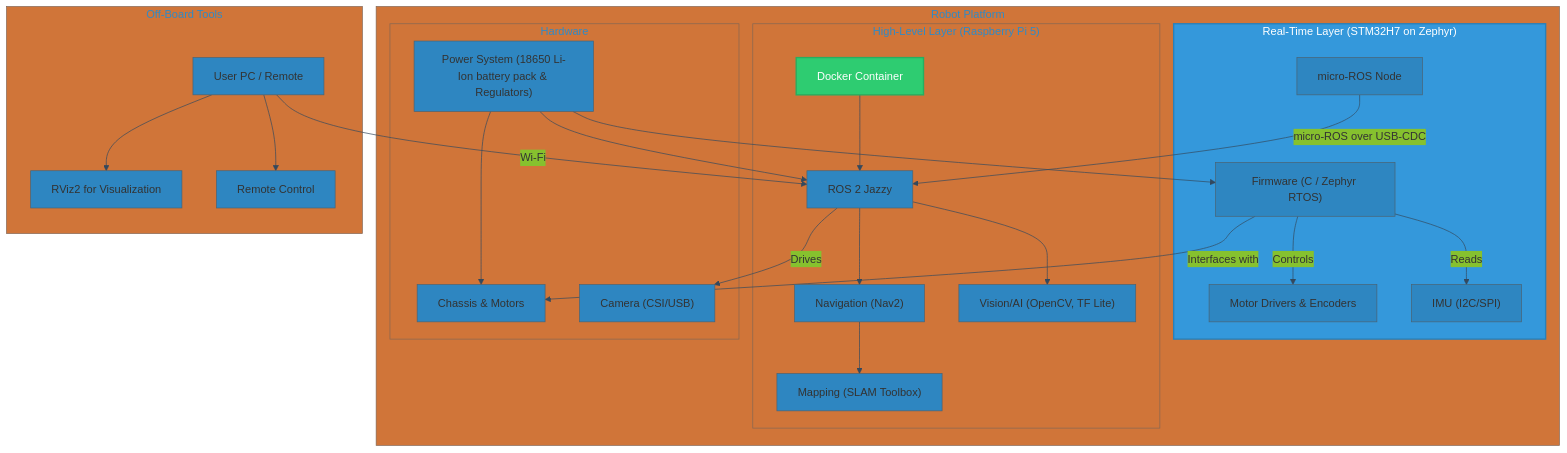
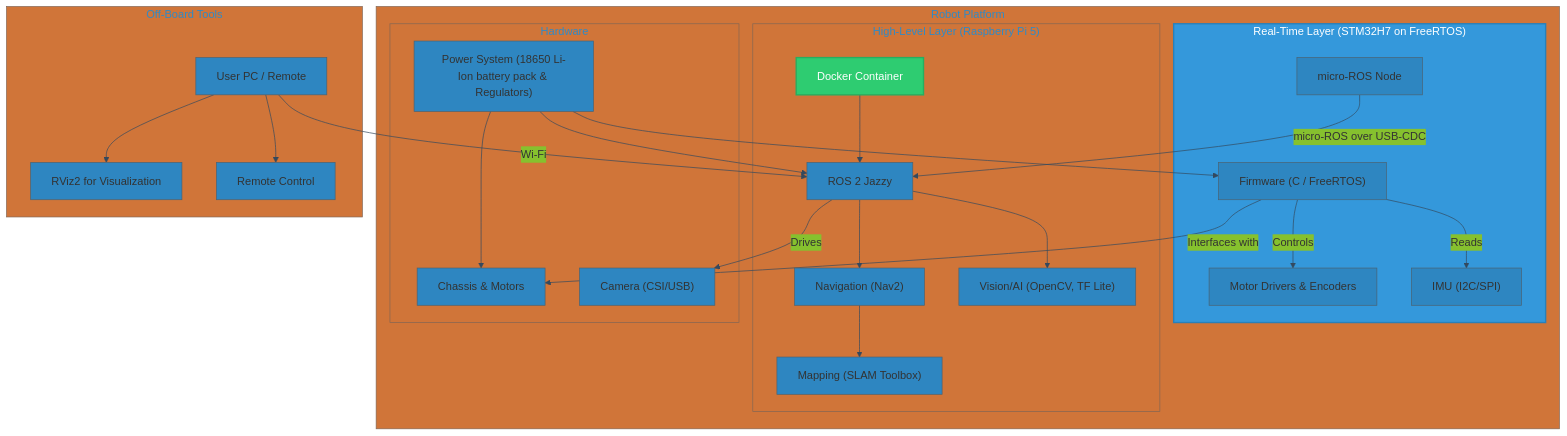
Before and after one commit to exysta/TheFirstBorn_Robot: the diagram in README.md, drawn with Mermaid. The commit also changed other lines of this file, not shown here.

````diff
--- a/README.md
+++ b/README.md
@@ -56,50 +55,49 @@
 ```mermaid
 %%{init: {"theme": "base", "themeVariables": {"primaryColor": "#2E86C1", "lineColor": "#34495E", "textColor": "#212F3D"}}}%%
 graph TD
     subgraph Robot_Platform["Robot Platform"]
-        subgraph RTL["Real-Time Layer (STM32H7 on Zephyr)"]
-            FIRMWARE["Firmware (C / Zephyr RTOS)"]
+        subgraph RTL["Real-Time Layer (STM32H7 on FreeRTOS)"]
+            FIRMWARE["Firmware (C / FreeRTOS)"]
             MICROS["micro-ROS Node"]
             DRIVERS["Motor Drivers & Encoders"]
             IMU["IMU (I2C/SPI)"]
             FIRMWARE -->|Controls| DRIVERS
             FIRMWARE -->|Reads| IMU
         end
 
         subgraph HLL["High-Level Layer (Raspberry Pi 5)"]
             DOCKER_CONTAINER["Docker Container"]
             ROS2["ROS 2 Jazzy"]
             NAV2["Navigation (Nav2)"]
             SLAM["Mapping (SLAM Toolbox)"]
             VISION["Vision/AI (OpenCV, TF Lite)"]
             DOCKER_CONTAINER --> ROS2 --> NAV2 --> SLAM
             ROS2 --> VISION
         end
 
         subgraph HW["Hardware"]
             POWER["Power System (18650 Li-Ion battery pack & Regulators)"]
             CHASSIS["Chassis & Motors"]
             CAMERA["Camera (CSI/USB)"]
         end
 
         MICROS -->|micro-ROS over USB-CDC| ROS2
         ROS2 -->|Drives| CAMERA
         FIRMWARE -->|Interfaces with| CHASSIS
         POWER --> FIRMWARE
         POWER --> ROS2
         POWER --> CHASSIS
     end
 
     subgraph Off_Board["Off-Board Tools"]
         USER_PC["User PC / Remote"]
         RVIZ["RViz2 for Visualization"]
         TELEOP["Remote Control"]
         USER_PC -->|Wi-Fi| ROS2
         USER_PC --> RVIZ
         USER_PC --> TELEOP
     end
 
     style DOCKER_CONTAINER fill:#2ECC71,stroke:#27AE60,stroke-width:2px,color:#fff
     style RTL fill:#3498DB,stroke:#2980B9,stroke-width:2px,color:#fff
-
 ```
````
